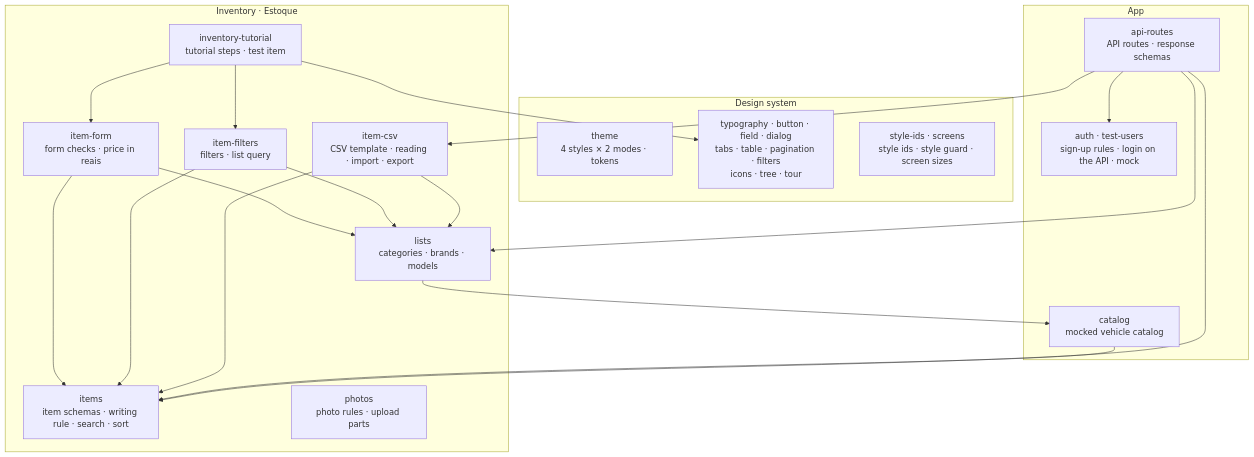
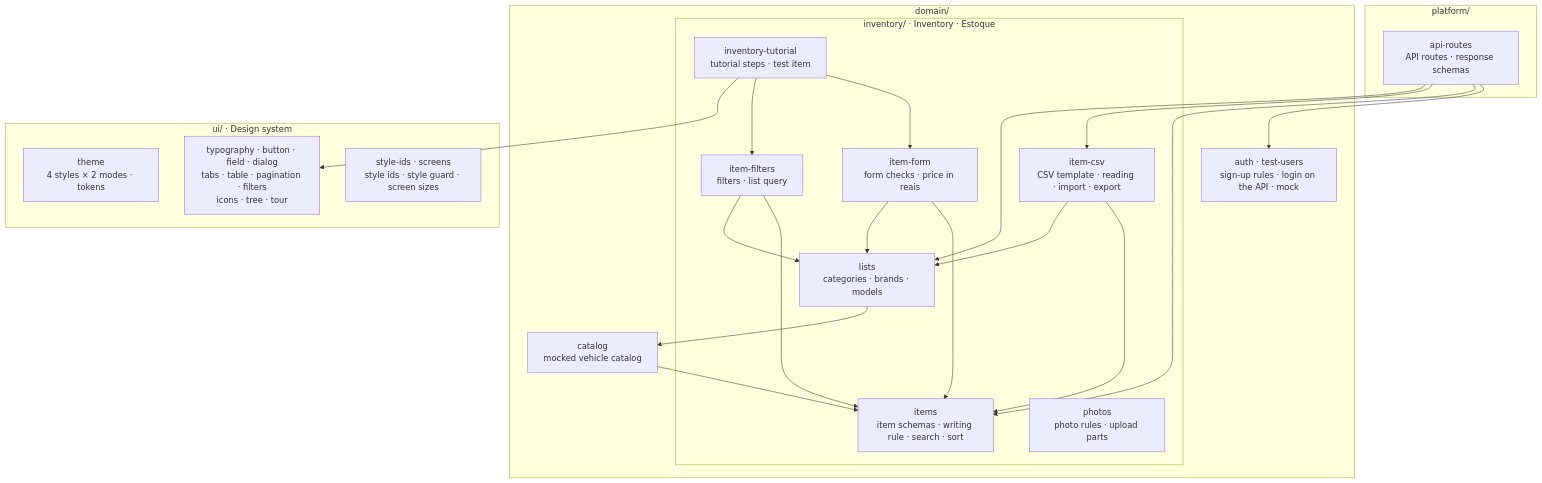
The second of 9 diagrams in docs/architecture.md (ChrisCamilo/apc-universal-repair), drawn with Mermaid before and after one commit. The commit also changed other lines of this file and 3 other files, not shown here.

````diff
--- a/docs/architecture.md
+++ b/docs/architecture.md
@@ -44,37 +44,39 @@
 ```mermaid
 flowchart TB
-    subgraph inventory["Inventory · Estoque"]
-        items["items<br/>item schemas · writing rule · search · sort"]
-        itemForm["item-form<br/>form checks · price in reais"]
-        itemFilters["item-filters<br/>filters · list query"]
-        itemCsv["item-csv<br/>CSV template · reading · import · export"]
-        lists["lists<br/>categories · brands · models"]
-        photos["photos<br/>photo rules · upload parts"]
-        tutorial["inventory-tutorial<br/>tutorial steps · test item"]
+    subgraph domain["domain/"]
+        subgraph inventory["inventory/ · Inventory · Estoque"]
+            items["items<br/>item schemas · writing rule · search · sort"]
+            itemForm["item-form<br/>form checks · price in reais"]
+            itemFilters["item-filters<br/>filters · list query"]
+            itemCsv["item-csv<br/>CSV template · reading · import · export"]
+            lists["lists<br/>categories · brands · models"]
+            photos["photos<br/>photo rules · upload parts"]
+            tutorial["inventory-tutorial<br/>tutorial steps · test item"]
+        end
+        auth["auth · test-users<br/>sign-up rules · login on the API · mock"]
+        catalog["catalog<br/>mocked vehicle catalog"]
     end
-    subgraph ui["Design system"]
+    subgraph ui["ui/ · Design system"]
         theme["theme<br/>4 styles × 2 modes · tokens"]
         rest["typography · button · field · dialog<br/>tabs · table · pagination · filters<br/>icons · tree · tour"]
         styling["style-ids · screens<br/>style ids · style guard · screen sizes"]
     end
-    subgraph other["App"]
-        auth["auth · test-users<br/>sign-up rules · login on the API · mock"]
-        catalog["catalog<br/>mocked vehicle catalog"]
+    subgraph platform["platform/"]
         apiRoutes["api-routes<br/>API routes · response schemas"]
     end
     itemForm --> items
     itemFilters --> items
     itemCsv --> items
     itemForm --> lists
     itemFilters --> lists
     itemCsv --> lists
     lists --> catalog
     catalog --> items
     tutorial --> itemForm
     tutorial --> itemFilters
     tutorial --> rest
     apiRoutes --> auth
     apiRoutes --> items
     apiRoutes --> itemCsv
     apiRoutes --> lists
 ```
````
